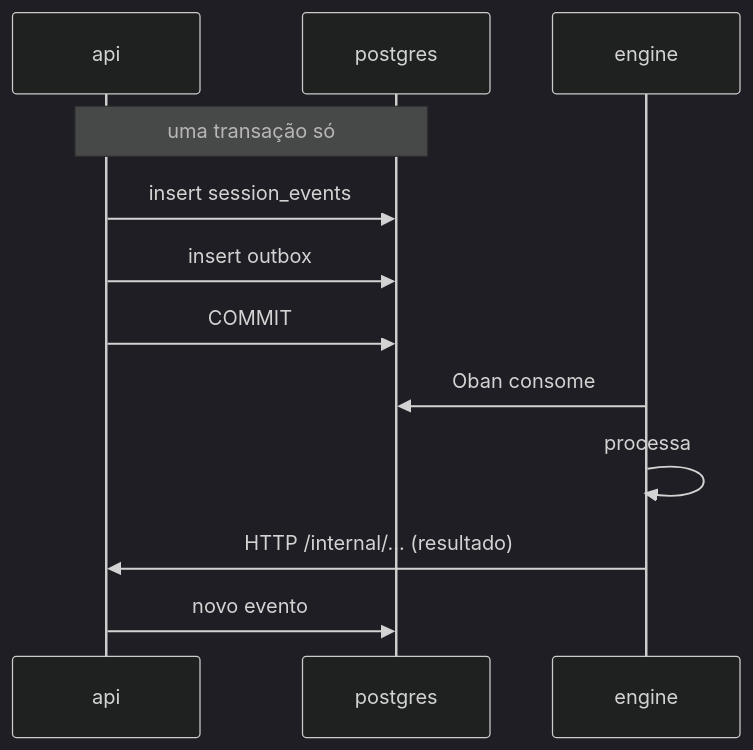
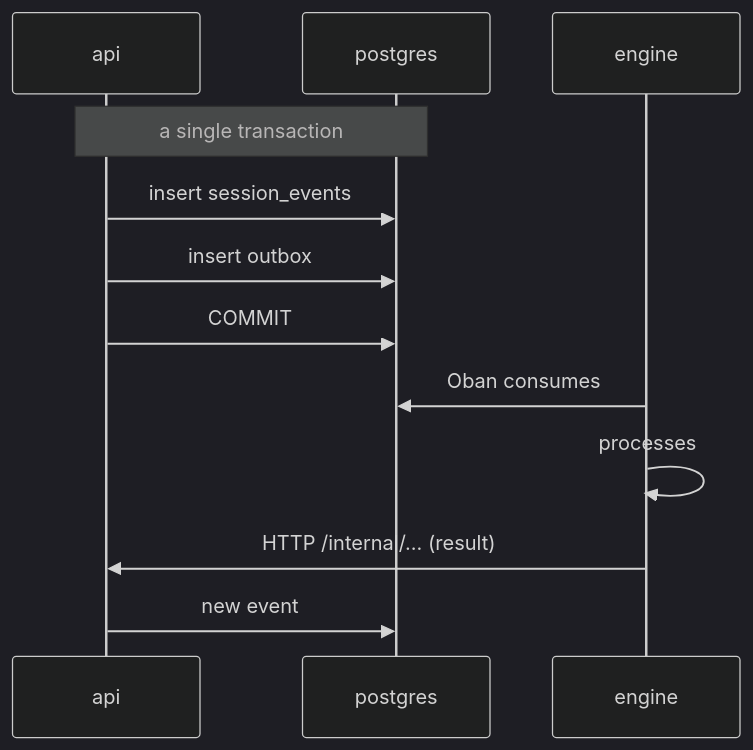
The diagram in docs/reference/internal-api.md (daneiel/brabo), drawn with Mermaid (dark theme) before and after one commit. The commit also changed other lines of this file and 691 other files, not shown here.

````diff
--- a/docs/reference/internal-api.md
+++ b/docs/reference/internal-api.md
@@ -730,16 +729,16 @@
 ```mermaid
 sequenceDiagram
   participant A as api
   participant P as postgres
   participant E as engine
 
-  Note over A,P: uma transação só
+  Note over A,P: a single transaction
   A->>P: insert session_events
   A->>P: insert outbox
   A->>P: COMMIT
 
-  E->>P: Oban consome
-  E->>E: processa
-  E->>A: HTTP /internal/... (resultado)
-  A->>P: novo evento
+  E->>P: Oban consumes
+  E->>E: processes
+  E->>A: HTTP /internal/... (result)
+  A->>P: new event
 ```
````
